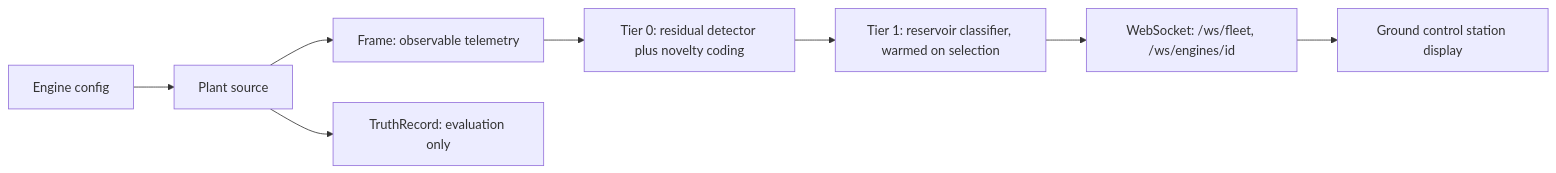
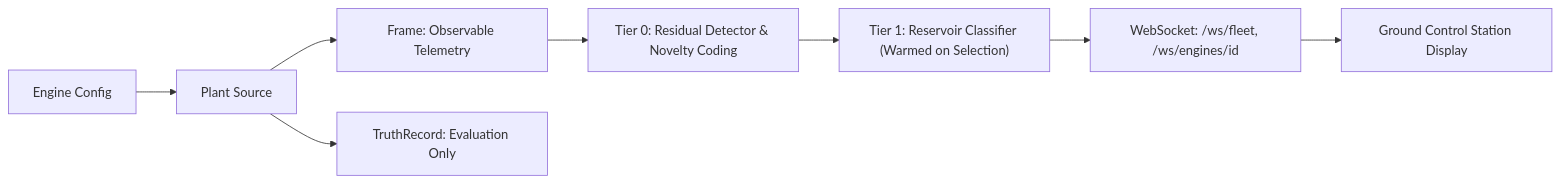
Before and after one commit to Aayush-Deshpande/Maverick: the third of 5 diagrams in docs_site/technical/04-system-architecture.md, drawn with Mermaid. The commit also changed other lines of this file and 60 other files, not shown here.

````diff
--- a/docs_site/technical/04-system-architecture.md
+++ b/docs_site/technical/04-system-architecture.md
@@ -39,10 +123,10 @@
 ```mermaid
 flowchart LR
-    Config["Engine config"] --> Plant["Plant source"]
-    Plant --> Frame["Frame: observable telemetry"]
-    Plant --> Truth["TruthRecord: evaluation only"]
-    Frame --> Residual["Tier 0: residual detector plus novelty coding"]
-    Residual --> Classifier["Tier 1: reservoir classifier, warmed on selection"]
+    Config["Engine Config"] --> Plant["Plant Source"]
+    Plant --> Frame["Frame: Observable Telemetry"]
+    Plant --> Truth["TruthRecord: Evaluation Only"]
+    Frame --> Residual["Tier 0: Residual Detector & Novelty Coding"]
+    Residual --> Classifier["Tier 1: Reservoir Classifier (Warmed on Selection)"]
     Classifier --> WS["WebSocket: /ws/fleet, /ws/engines/id"]
-    WS --> GCS["Ground control station display"]
+    WS --> GCS["Ground Control Station Display"]
 ```
````
